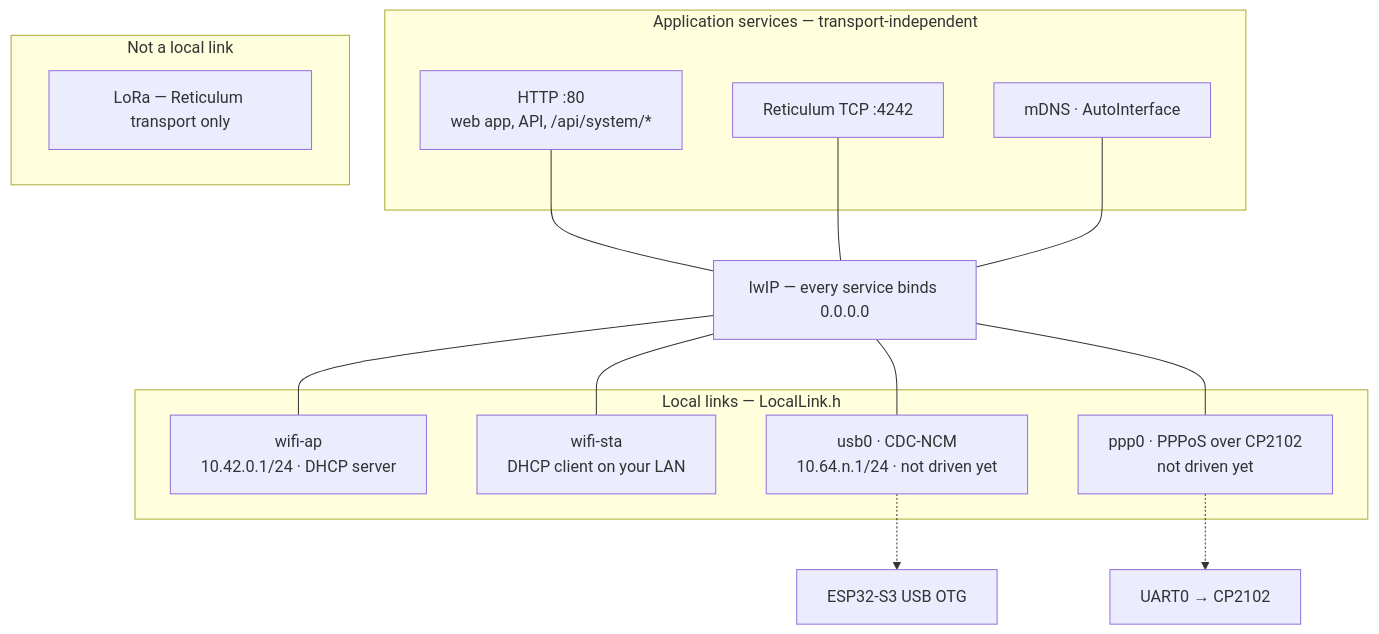
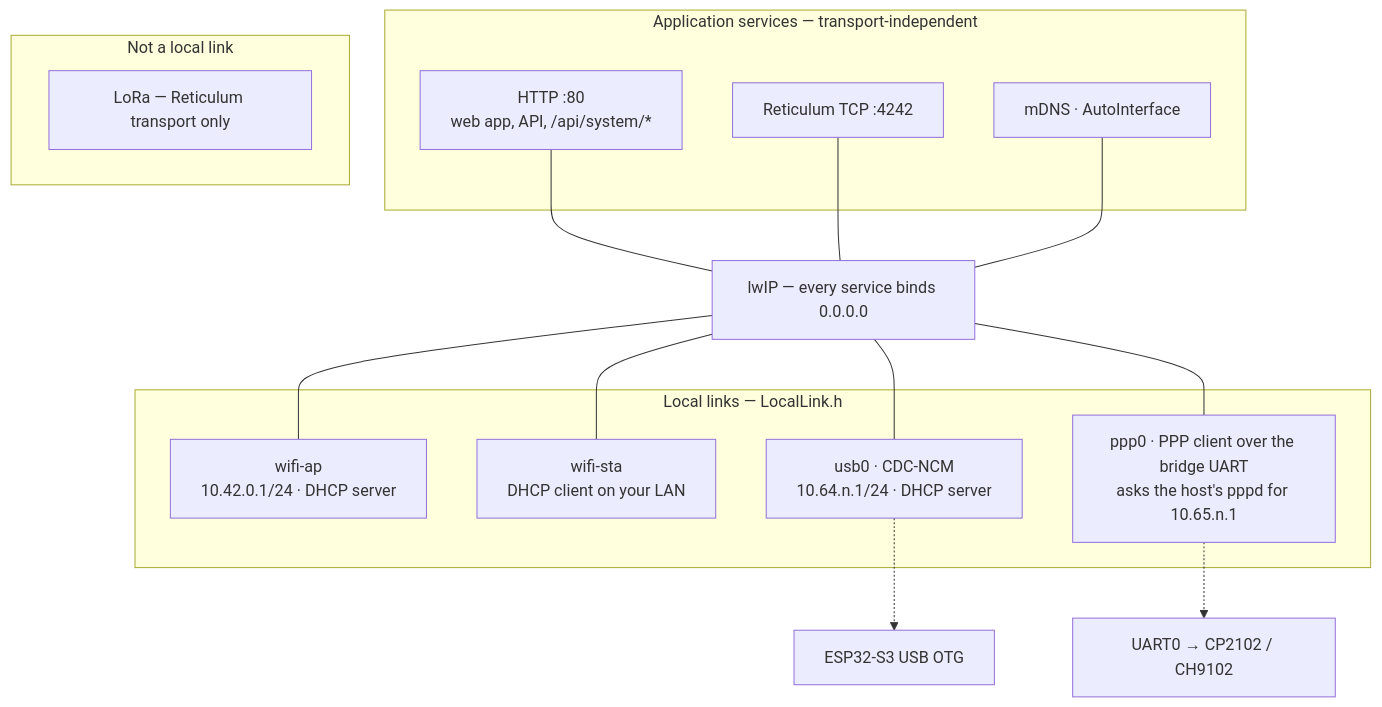
Before and after one commit to dobrevit/RetiMesh_Node: the first of 3 diagrams in docs/local-link.md, drawn with Mermaid. The commit also changed other lines of this file and 6 other files, not shown here.

First line of the commit message:
docs: PPP over the bridge UART as built

````diff
--- a/docs/local-link.md
+++ b/docs/local-link.md
@@ -14,27 +14,27 @@
 ```mermaid
 flowchart TB
   subgraph app[Application services — transport-independent]
     HTTP[HTTP :80<br/>web app, API, /api/system/*]
     RNS[Reticulum TCP :4242]
     MDNS[mDNS · AutoInterface]
   end
   LWIP[lwIP — every service binds 0.0.0.0]
   HTTP --- LWIP
   RNS --- LWIP
   MDNS --- LWIP
   subgraph links[Local links — LocalLink.h]
     AP[wifi-ap<br/>10.42.0.1/24 · DHCP server]
     STA[wifi-sta<br/>DHCP client on your LAN]
-    USB[usb0 · CDC-NCM<br/>10.64.n.1/24 · not driven yet]
-    PPP[ppp0 · PPPoS over CP2102<br/>not driven yet]
+    USB[usb0 · CDC-NCM<br/>10.64.n.1/24 · DHCP server]
+    PPP[ppp0 · PPP client over the bridge UART<br/>asks the host's pppd for 10.65.n.1]
   end
   LWIP --- AP
   LWIP --- STA
   LWIP --- USB
   LWIP --- PPP
   USB -.-> S3USB[ESP32-S3 USB OTG]
-  PPP -.-> UART[UART0 → CP2102]
+  PPP -.-> UART[UART0 → CP2102 / CH9102]
   subgraph lora[Not a local link]
     LORA[LoRa — Reticulum transport only]
   end
 ```
````
